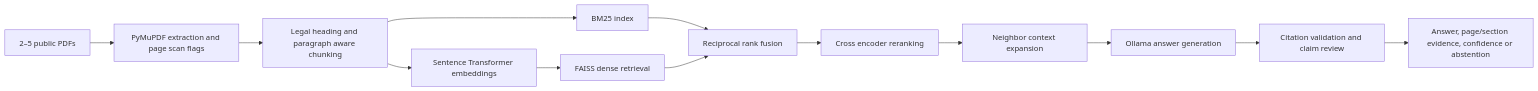
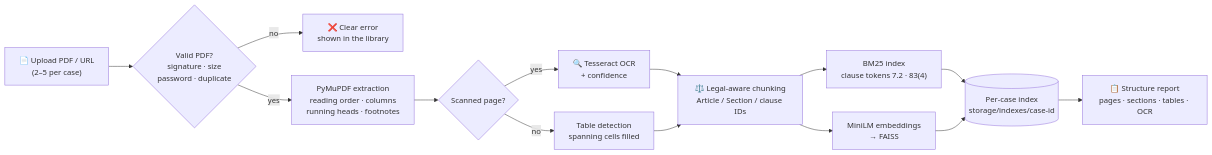
One commit to suvith-24/Suvith_Shetty_Deep_Learning_Project changed the first of 3 diagrams in README.md. Above: the diagram before and after it, drawn with Mermaid. The commit also changed other lines of this file and 15 other files, not shown here.

First line of the commit message:
docs: professional README, architecture diagram and project guides

````diff
--- a/README.md
+++ b/README.md
@@ -37,15 +81,16 @@
 ```mermaid
 flowchart LR
-    A[2–5 public PDFs] --> B[PyMuPDF extraction and page scan flags]
-    B --> C[Legal heading and paragraph aware chunking]
-    C --> D[Sentence Transformer embeddings]
-    C --> E[BM25 index]
-    D --> F[FAISS dense retrieval]
-    E --> G[Reciprocal rank fusion]
+    A["📄 Upload PDF / URL<br/>(2–5 per case)"] --> B{"Valid PDF?<br/>signature · size<br/>password · duplicate"}
+    B -- no --> R["❌ Clear error<br/>shown in the library"]
+    B -- yes --> C["PyMuPDF extraction<br/>reading order · columns<br/>running heads · footnotes"]
+    C --> D{"Scanned page?"}
+    D -- yes --> E["🔍 Tesseract OCR<br/>+ confidence"]
+    D -- no --> F["Table detection<br/>spanning cells filled"]
+    E --> G["⚖️ Legal-aware chunking<br/>Article / Section / clause IDs"]
     F --> G
-    G --> H[Cross encoder reranking]
-    H --> I[Neighbor context expansion]
-    I --> J[Ollama answer generation]
-    J --> K[Citation validation and claim review]
-    K --> L[Answer, page/section evidence, confidence or abstention]
+    G --> H["BM25 index<br/>clause tokens 7.2 · 83(4)"]
+    G --> I["MiniLM embeddings<br/>→ FAISS"]
+    H --> J[("Per-case index<br/>storage/indexes/case-id")]
+    I --> J
+    J --> K["📋 Structure report<br/>pages · sections · tables · OCR"]
 ```
````
